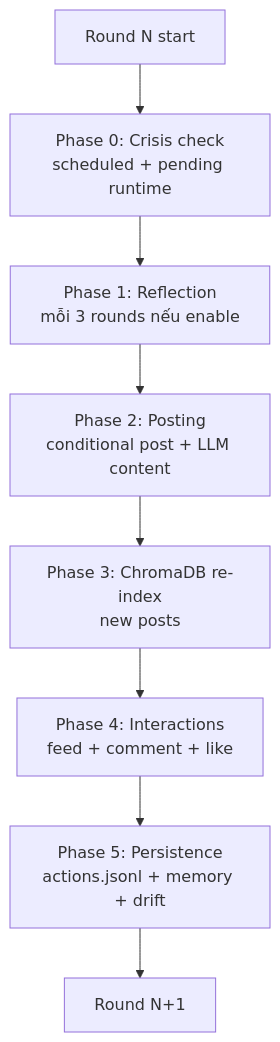
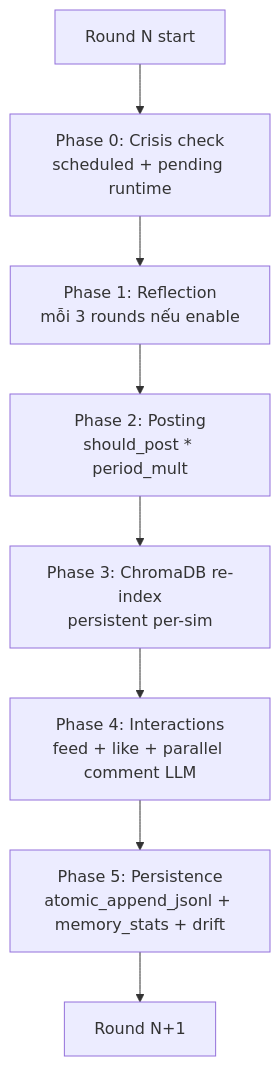
One commit to qchien643/EcoSim changed the second of 6 diagrams in docs/05_simulation_loop.md. Above: the diagram before and after it, drawn with Mermaid. The commit also changed other lines of this file and 176 other files, not shown here.

First line of the commit message:
Frontend rewrite to Next.js 16 + KG persistence + sim runtime hybrid

````diff
--- a/docs/05_simulation_loop.md
+++ b/docs/05_simulation_loop.md
@@ -24,10 +26,10 @@
 ```mermaid
 flowchart TD
     Start[Round N start] --> P0[Phase 0: Crisis check<br/>scheduled + pending runtime]
     P0 --> P1[Phase 1: Reflection<br/>mỗi 3 rounds nếu enable]
-    P1 --> P2[Phase 2: Posting<br/>conditional post + LLM content]
-    P2 --> P3[Phase 3: ChromaDB re-index<br/>new posts]
-    P3 --> P4[Phase 4: Interactions<br/>feed + comment + like]
-    P4 --> P5[Phase 5: Persistence<br/>actions.jsonl + memory + drift]
+    P1 --> P2[Phase 2: Posting<br/>should_post * period_mult]
+    P2 --> P3[Phase 3: ChromaDB re-index<br/>persistent per-sim]
+    P3 --> P4[Phase 4: Interactions<br/>feed + like + parallel comment LLM]
+    P4 --> P5[Phase 5: Persistence<br/>atomic_append_jsonl + memory_stats + drift]
     P5 --> Next[Round N+1]
 ```
````
